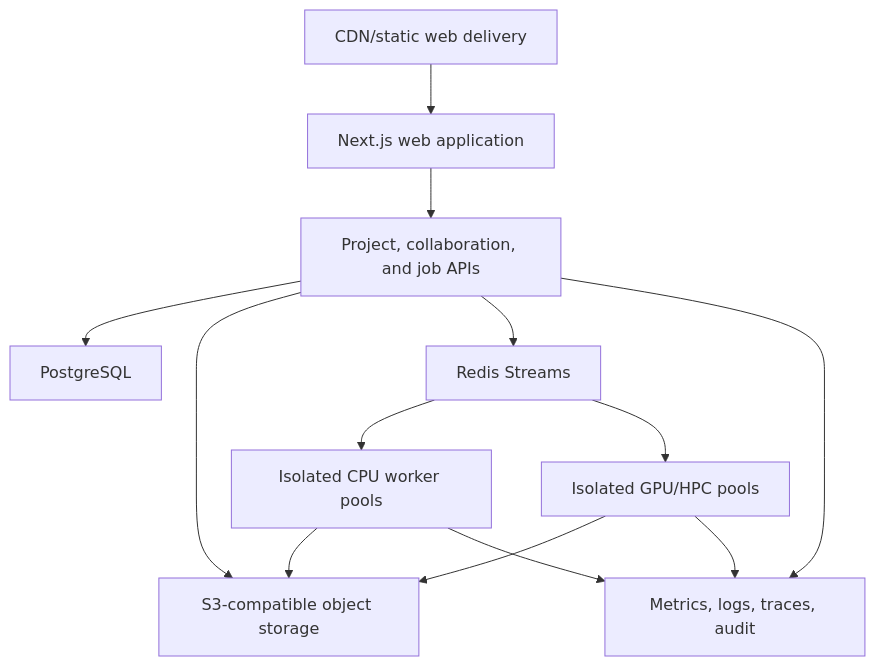
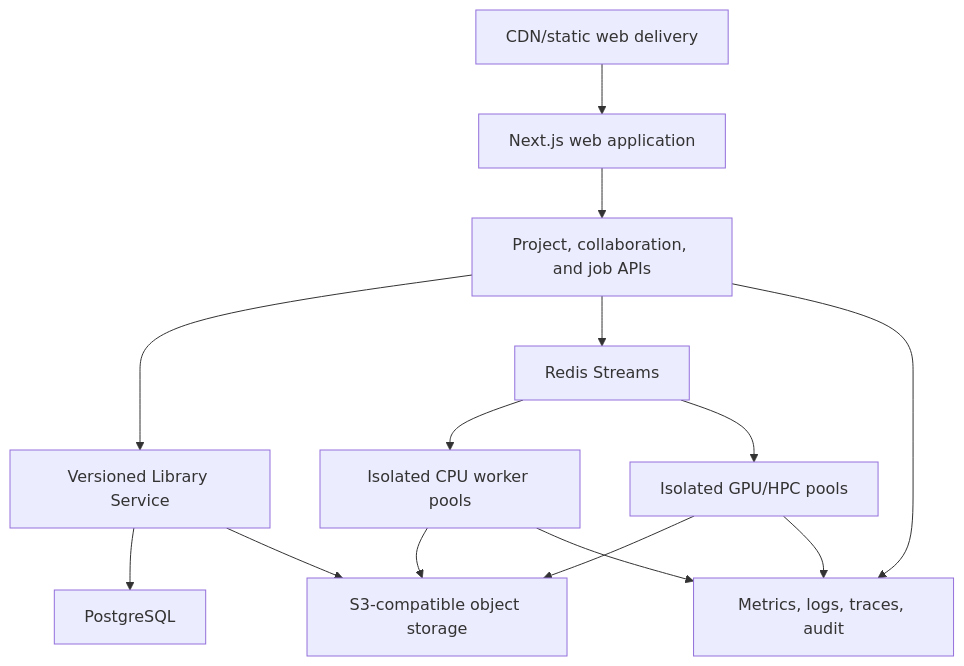
One commit to arifulbgt4/EEE_Simulator changed the first of 3 diagrams in docs/architecture/DEPLOYMENT_OPERATIONS_AND_OBSERVABILITY.md. Above: the diagram before and after it, drawn with Mermaid. The commit also changed other lines of this file and 138 other files, not shown here.

```diff
--- a/docs/architecture/DEPLOYMENT_OPERATIONS_AND_OBSERVABILITY.md
+++ b/docs/architecture/DEPLOYMENT_OPERATIONS_AND_OBSERVABILITY.md
@@ -12,25 +12,27 @@
 ~~~mermaid
 flowchart TB
     CDN["CDN/static web delivery"]
     Web["Next.js web application"]
     API["Project, collaboration, and job APIs"]
+    Lib["Versioned Library Service"]
     PG["PostgreSQL"]
     Obj["S3-compatible object storage"]
     Redis["Redis Streams"]
     CPU["Isolated CPU worker pools"]
     GPU["Isolated GPU/HPC pools"]
     Obs["Metrics, logs, traces, audit"]
 
     CDN --> Web
     Web --> API
-    API --> PG
-    API --> Obj
+    API --> Lib
+    Lib --> PG
+    Lib --> Obj
     API --> Redis
     Redis --> CPU
     Redis --> GPU
     CPU --> Obj
     GPU --> Obj
     API --> Obs
     CPU --> Obs
     GPU --> Obs
 ~~~
```
